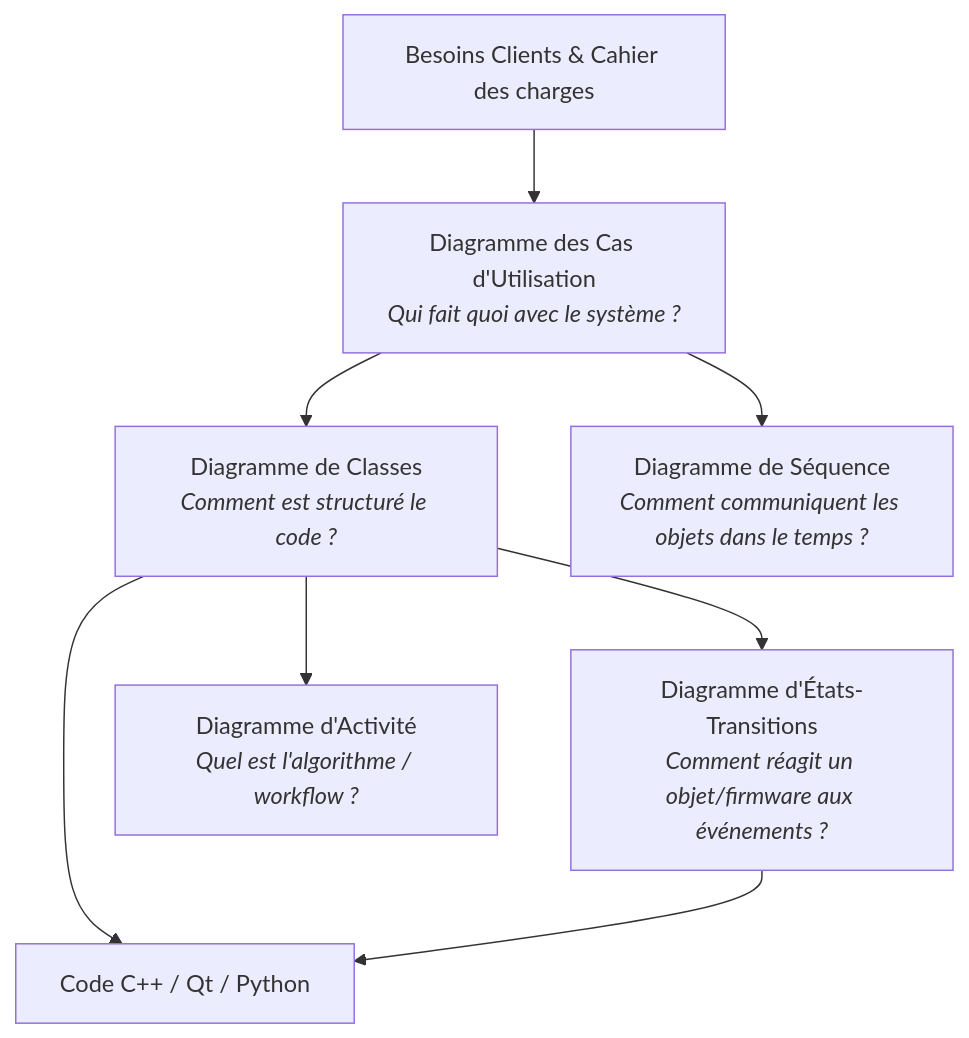
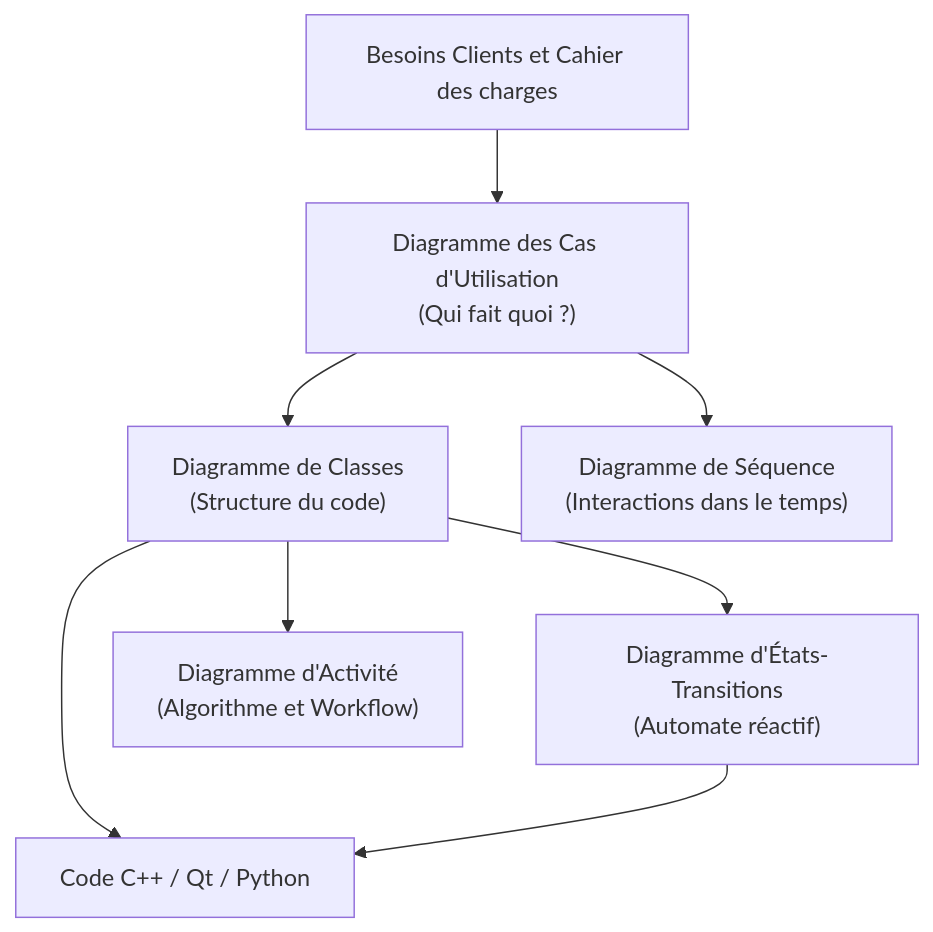
The first of 2 diagrams in ressources/cheatsheet-uml-ciel.md (CIEL2-JR-UML/template-ciel2-uml), drawn with Mermaid before and after one commit. The commit also changed 3 other files, not shown here.

Commit message:
fix(mermaid): correction de la syntaxe des diagrammes pour GitHub

````diff
--- a/ressources/cheatsheet-uml-ciel.md
+++ b/ressources/cheatsheet-uml-ciel.md
@@ -9,10 +9,10 @@
 ```mermaid
 graph TD
-    A[Besoins Clients & Cahier des charges] --> B[Diagramme des Cas d'Utilisation<br><i>Qui fait quoi avec le système ?</i>]
-    B --> C[Diagramme de Classes<br><i>Comment est structuré le code ?</i>]
-    B --> D[Diagramme de Séquence<br><i>Comment communiquent les objets dans le temps ?</i>]
-    C --> E[Diagramme d'États-Transitions<br><i>Comment réagit un objet/firmware aux événements ?</i>]
-    C --> F[Diagramme d'Activité<br><i>Quel est l'algorithme / workflow ?</i>]
-    C --> G[Code C++ / Qt / Python]
+    A["Besoins Clients et Cahier des charges"] --> B["Diagramme des Cas d'Utilisation<br>(Qui fait quoi ?)"]
+    B --> C["Diagramme de Classes<br>(Structure du code)"]
+    B --> D["Diagramme de Séquence<br>(Interactions dans le temps)"]
+    C --> E["Diagramme d'États-Transitions<br>(Automate réactif)"]
+    C --> F["Diagramme d'Activité<br>(Algorithme et Workflow)"]
+    C --> G["Code C++ / Qt / Python"]
     E --> G
 ```
````
